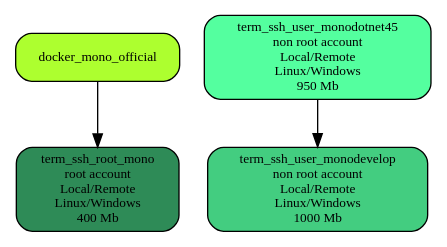
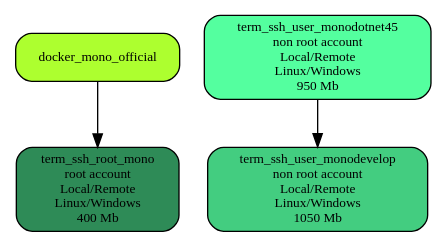
The diagram in graph2.dot (marchandd/docker_index), drawn with Graphviz before and after one commit. The commit also changed 7 other files, not shown here.

```diff
--- a/graph2.dot
+++ b/graph2.dot
@@ -1,9 +1,9 @@
 digraph docker
 {
  "mono" [label="docker_mono_official",shape=box,fillcolor="greenyellow",style="filled,rounded", fontsize="10.0"];
  "term_ssh_root_mono" [label="term_ssh_root_mono\nroot account\nLocal/Remote\nLinux/Windows\n400 Mb",shape=box,fillcolor="seagreen",style="filled,rounded", fontsize="10.0"];
  "term_ssh_user_monodotnet45" [label="term_ssh_user_monodotnet45\nnon root account\nLocal/Remote\nLinux/Windows\n950 Mb",shape=box,fillcolor="seagreen1",style="filled,rounded", fontsize="10.0"];
- "term_ssh_user_monodevelop" [label="term_ssh_user_monodevelop\nnon root account\nLocal/Remote\nLinux/Windows\n1000 Mb",shape=box,fillcolor="seagreen3",style="filled,rounded", fontsize="10.0"];
+ "term_ssh_user_monodevelop" [label="term_ssh_user_monodevelop\nnon root account\nLocal/Remote\nLinux/Windows\n1050 Mb",shape=box,fillcolor="seagreen3",style="filled,rounded", fontsize="10.0"];
  "mono" -> "term_ssh_root_mono"
  "term_ssh_user_monodotnet45" -> "term_ssh_user_monodevelop";
 }
```
